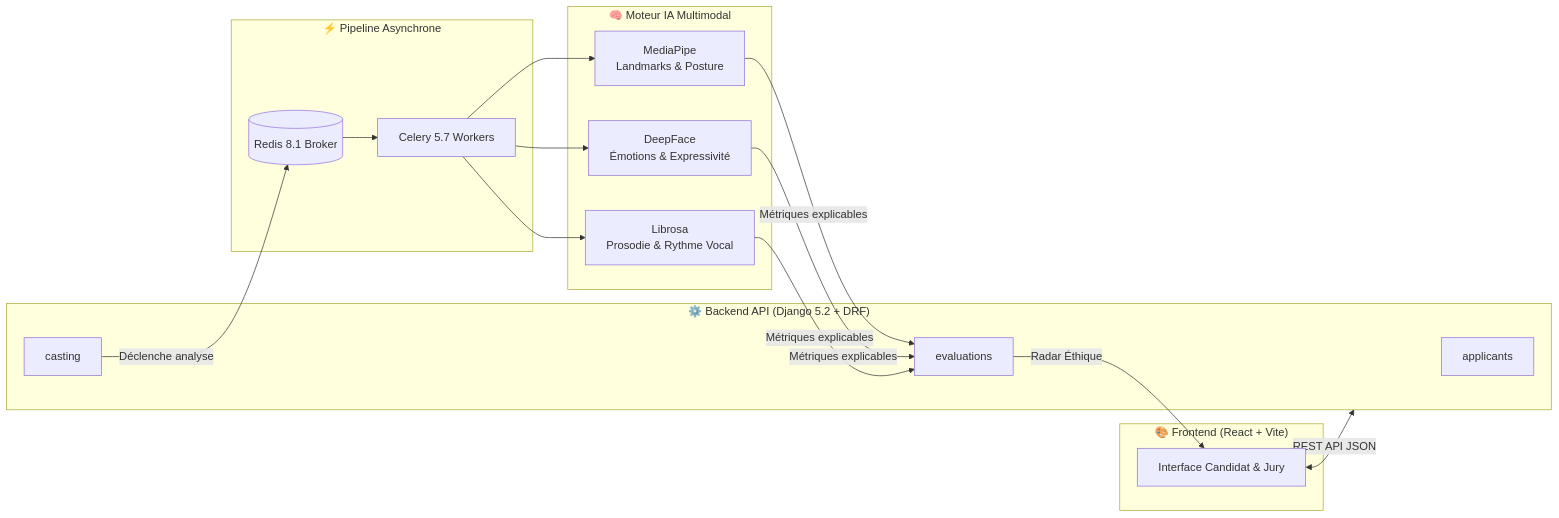
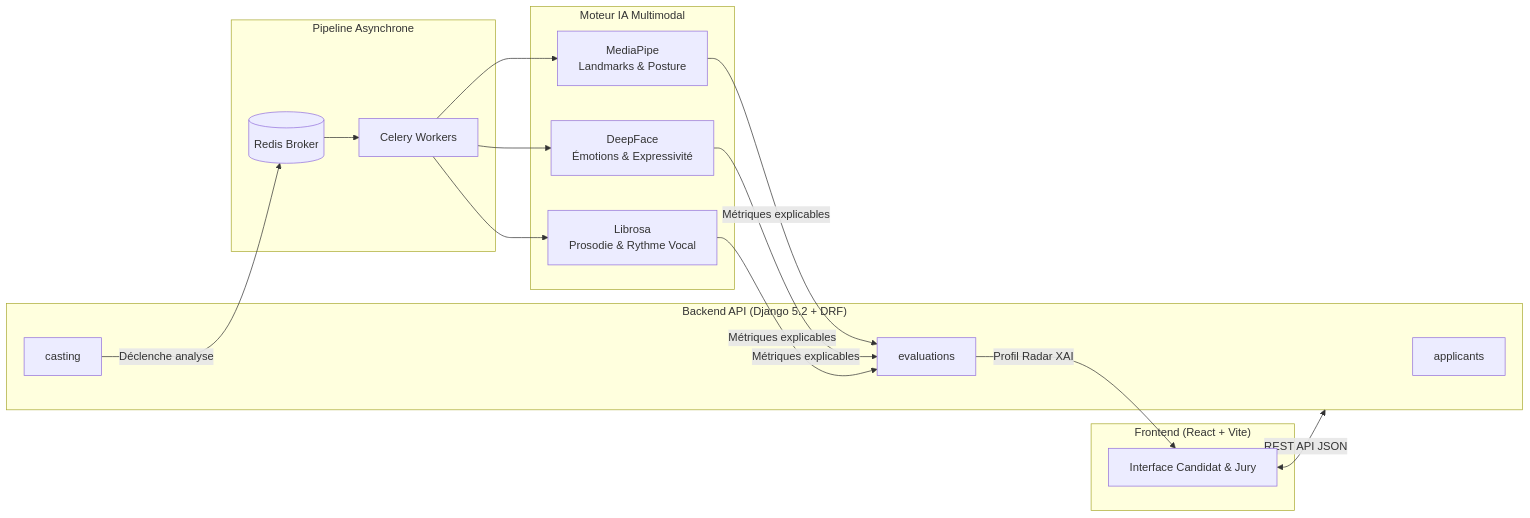
Before and after one commit to aloui-adem/react_1: the diagram in README.md, drawn with Mermaid. The commit also changed other lines of this file, not shown here.

````diff
--- a/README.md
+++ b/README.md
@@ -82,34 +64,34 @@
 ```mermaid
 flowchart LR
-    subgraph Frontend["🎨 Frontend (React + Vite)"]
+    subgraph Frontend["Frontend (React + Vite)"]
         UI["Interface Candidat & Jury"]
     end
 
-    subgraph Backend["⚙️ Backend API (Django 5.2 + DRF)"]
+    subgraph Backend["Backend API (Django 5.2 + DRF)"]
         APP["applicants"]
         CAST["casting"]
         EVAL["evaluations"]
     end
 
-    subgraph Async["⚡ Pipeline Asynchrone"]
-        REDIS[("Redis 8.1 Broker")]
-        CELERY["Celery 5.7 Workers"]
+    subgraph Async["Pipeline Asynchrone"]
+        REDIS[("Redis Broker")]
+        CELERY["Celery Workers"]
     end
 
-    subgraph AI["🧠 Moteur IA Multimodal"]
+    subgraph AI["Moteur IA Multimodal"]
         MP["MediaPipe\nLandmarks & Posture"]
         DF["DeepFace\nÉmotions & Expressivité"]
         LIB["Librosa\nProsodie & Rythme Vocal"]
     end
 
     UI <-->|REST API JSON| Backend
     CAST -->|Déclenche analyse| REDIS
     REDIS --> CELERY
     CELERY --> MP
     CELERY --> DF
     CELERY --> LIB
     MP -->|Métriques explicables| EVAL
     DF -->|Métriques explicables| EVAL
     LIB -->|Métriques explicables| EVAL
-    EVAL -->|Radar Éthique| UI
+    EVAL -->|Profil Radar XAI| UI
 ```
````
